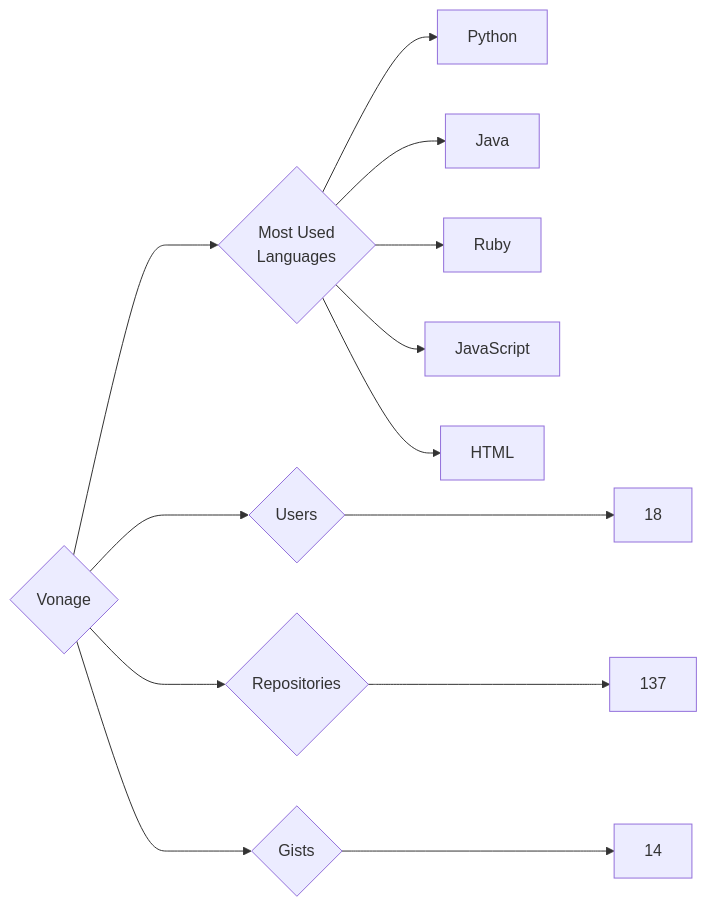
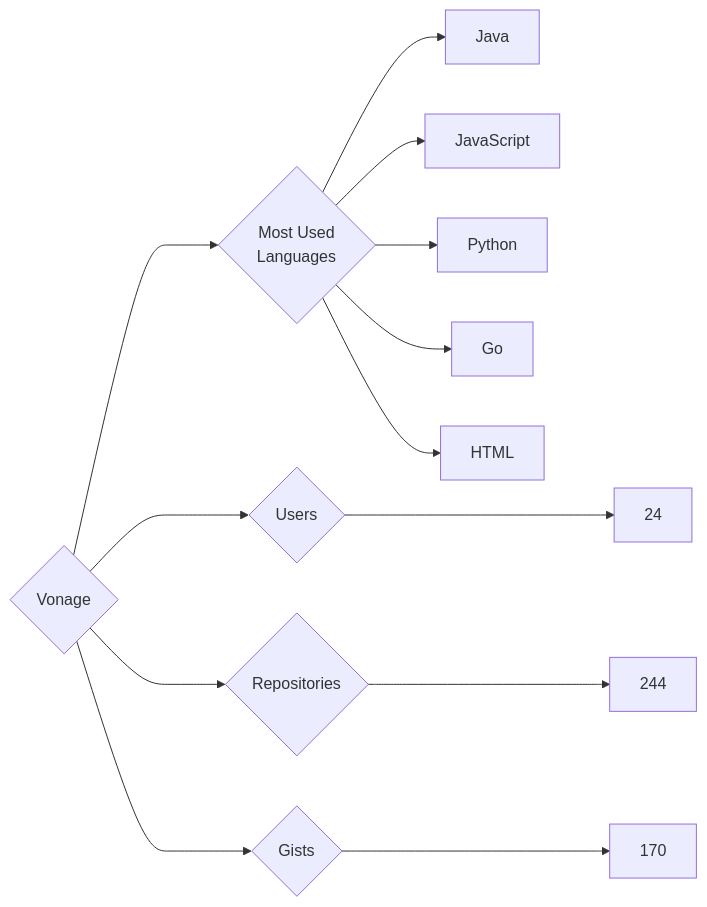
The diagram in targets/Vonage/README.md (trickest/insiders), drawn with Mermaid before and after one commit. The commit also changed 964 other files, not shown here.

````diff
--- a/targets/Vonage/README.md
+++ b/targets/Vonage/README.md
@@ -3,13 +3,13 @@
 ```mermaid
 graph LR
 COMPANY_NAME{Vonage}
-COMPANY_NAME ---> U{Users} ---> UN[18]
-COMPANY_NAME ---> R{Repositories} ---> RN[137]
-COMPANY_NAME ---> G{Gists} ---> GN[14]
+COMPANY_NAME ---> U{Users} ---> UN[24]
+COMPANY_NAME ---> R{Repositories} ---> RN[244]
+COMPANY_NAME ---> G{Gists} ---> GN[170]
 COMPANY_NAME ---> ML{Most Used<br>Languages}
+ML --> Java[Java]
+ML --> JavaScript[JavaScript]
 ML --> Python[Python]
-ML --> Java[Java]
-ML --> Ruby[Ruby]
-ML --> JavaScript[JavaScript]
+ML --> Go[Go]
 ML --> HTML[HTML]
 ```
````
